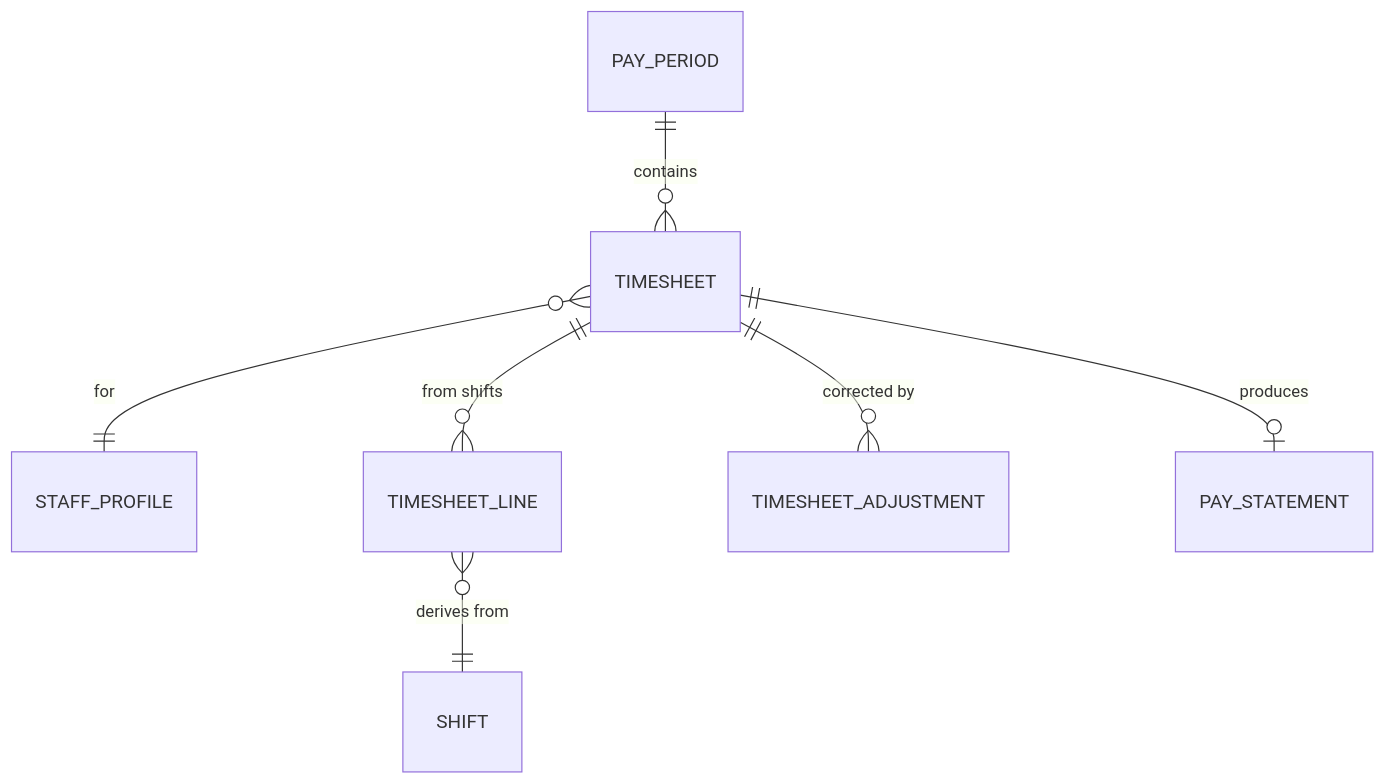
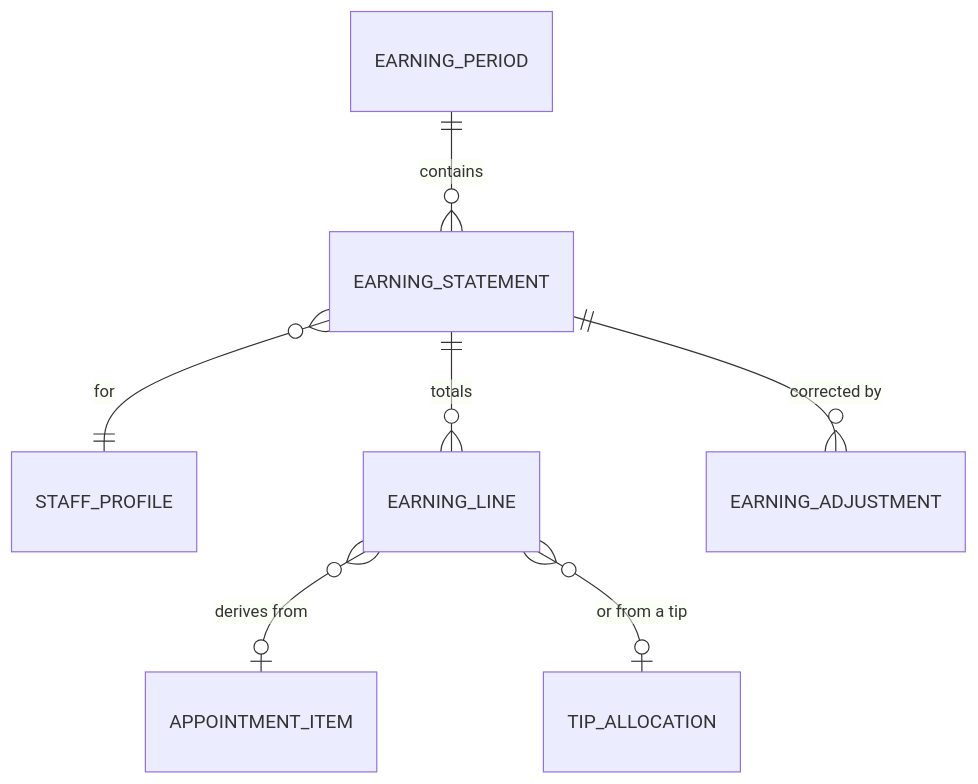
The sixth of 6 diagrams in docs/02-domain-model.md (Zogoo/salon_crm), drawn with Mermaid before and after one commit. The commit also changed other lines of this file and 8 other files, not shown here.

````diff
--- a/docs/02-domain-model.md
+++ b/docs/02-domain-model.md
@@ -138,9 +150,9 @@
 ```mermaid
 erDiagram
-    PAY_PERIOD ||--o{ TIMESHEET : "contains"
-    TIMESHEET }o--|| STAFF_PROFILE : "for"
-    TIMESHEET ||--o{ TIMESHEET_LINE : "from shifts"
-    TIMESHEET_LINE }o--|| SHIFT : "derives from"
-    TIMESHEET ||--o{ TIMESHEET_ADJUSTMENT : "corrected by"
-    TIMESHEET ||--o| PAY_STATEMENT : "produces"
+    EARNING_PERIOD ||--o{ EARNING_STATEMENT : "contains"
+    EARNING_STATEMENT }o--|| STAFF_PROFILE : "for"
+    EARNING_STATEMENT ||--o{ EARNING_LINE : "totals"
+    EARNING_LINE }o--o| APPOINTMENT_ITEM : "derives from"
+    EARNING_LINE }o--o| TIP_ALLOCATION : "or from a tip"
+    EARNING_STATEMENT ||--o{ EARNING_ADJUSTMENT : "corrected by"
 ```
````
